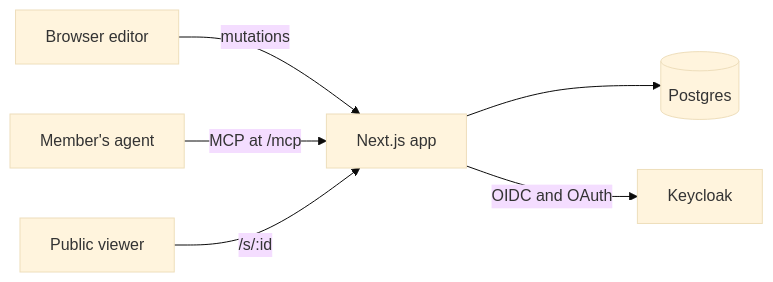
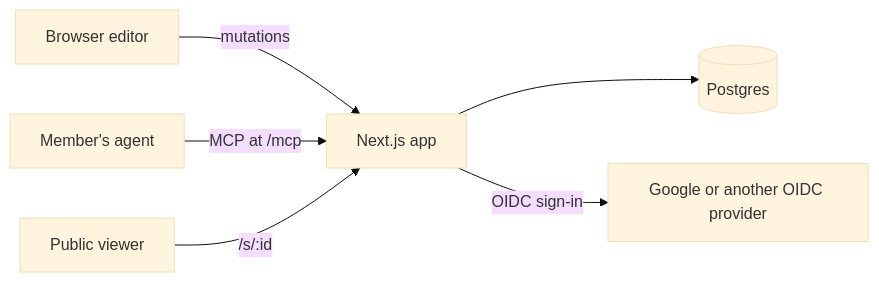
The diagram in PLAN.md (zyx1121/slide), drawn with Mermaid (base theme) before and after one commit. The commit also changed other lines of this file and 20 other files, not shown here.

````diff
--- a/PLAN.md
+++ b/PLAN.md
@@ -28,8 +28,8 @@
 ```mermaid
 flowchart LR
   E[Browser editor] -->|mutations| A[Next.js app]
   G[Member's agent] -->|MCP at /mcp| A
   V[Public viewer] -->|/s/:id| A
   A --> D[(Postgres)]
-  A -->|OIDC and OAuth| K[Keycloak]
+  A -->|OIDC sign-in| O[Google or another OIDC provider]
 ```
````
